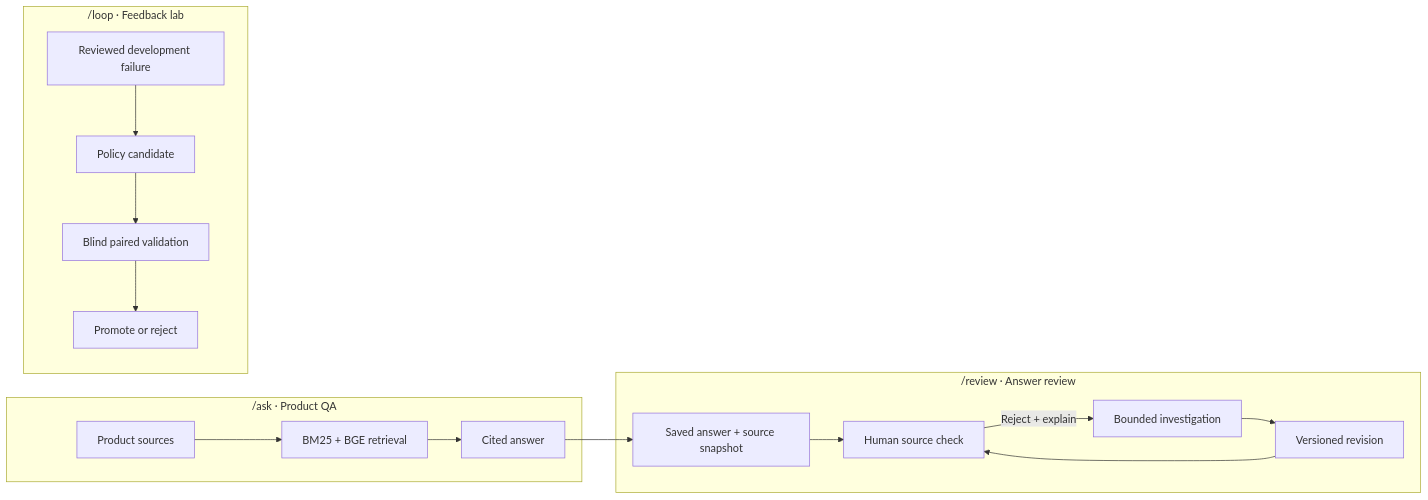
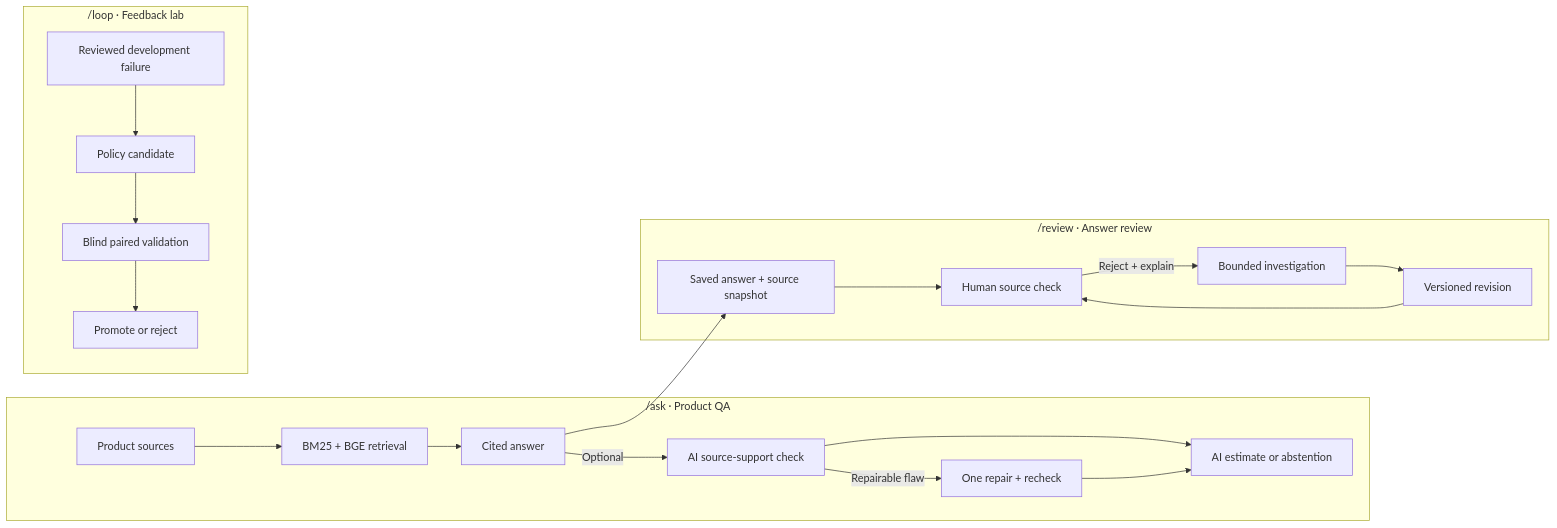
One commit to jayeshsuyal/ablatrix changed the diagram in README.md. Above: the diagram before and after it, drawn with Mermaid. The commit also changed other lines of this file and 21 other files, not shown here.

Commit message:
Add automatic source checks and one bounded repair

````diff
--- a/README.md
+++ b/README.md
@@ -19,17 +19,21 @@
 ```mermaid
 flowchart LR
   subgraph Ask["/ask · Product QA"]
     A[Product sources] --> B[BM25 + BGE retrieval] --> C[Cited answer]
+    C -->|Optional| V[AI source-support check]
+    V -->|Repairable flaw| R[One repair + recheck]
+    V --> O[AI estimate or abstention]
+    R --> O
   end
   subgraph Review["/review · Answer review"]
     C --> D[Saved answer + source snapshot] --> E[Human source check]
     E -->|Reject + explain| F[Bounded investigation]
     F --> G[Versioned revision]
     G --> E
   end
   subgraph Lab["/loop · Feedback lab"]
     H[Reviewed development failure] --> I[Policy candidate]
     I --> J[Blind paired validation]
     J --> K[Promote or reject]
   end
 ```
````
